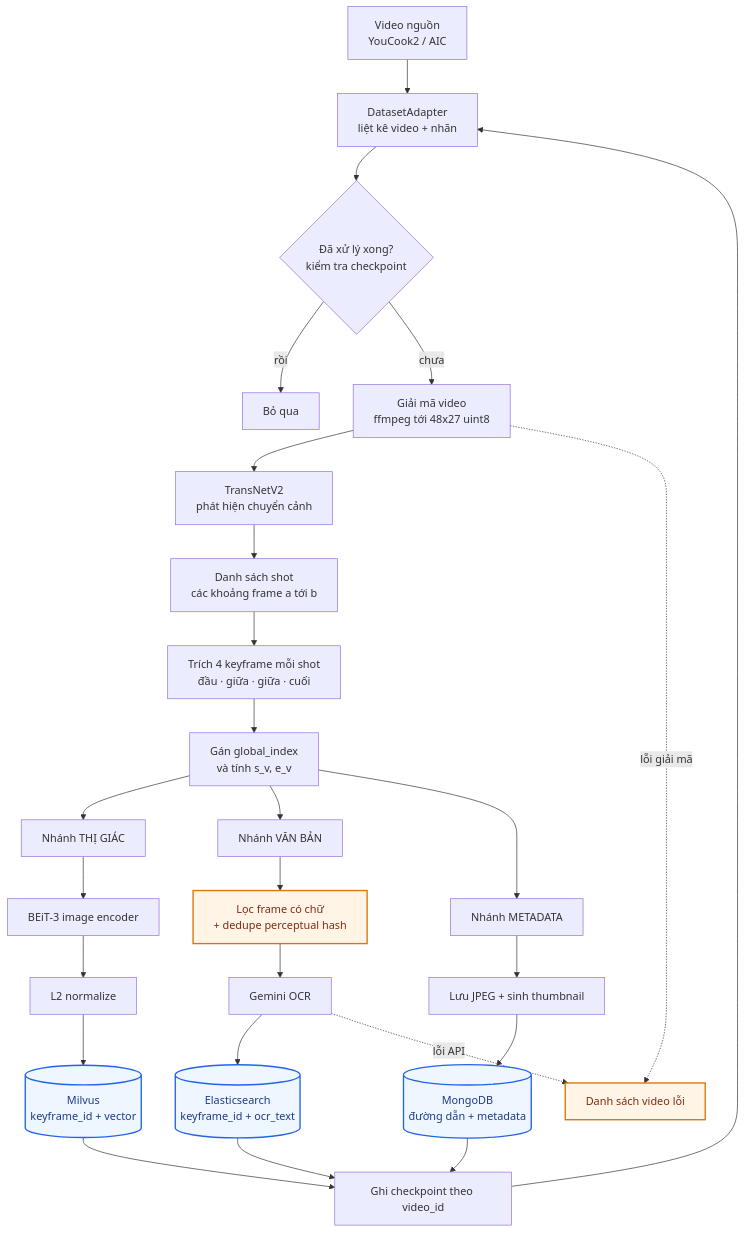
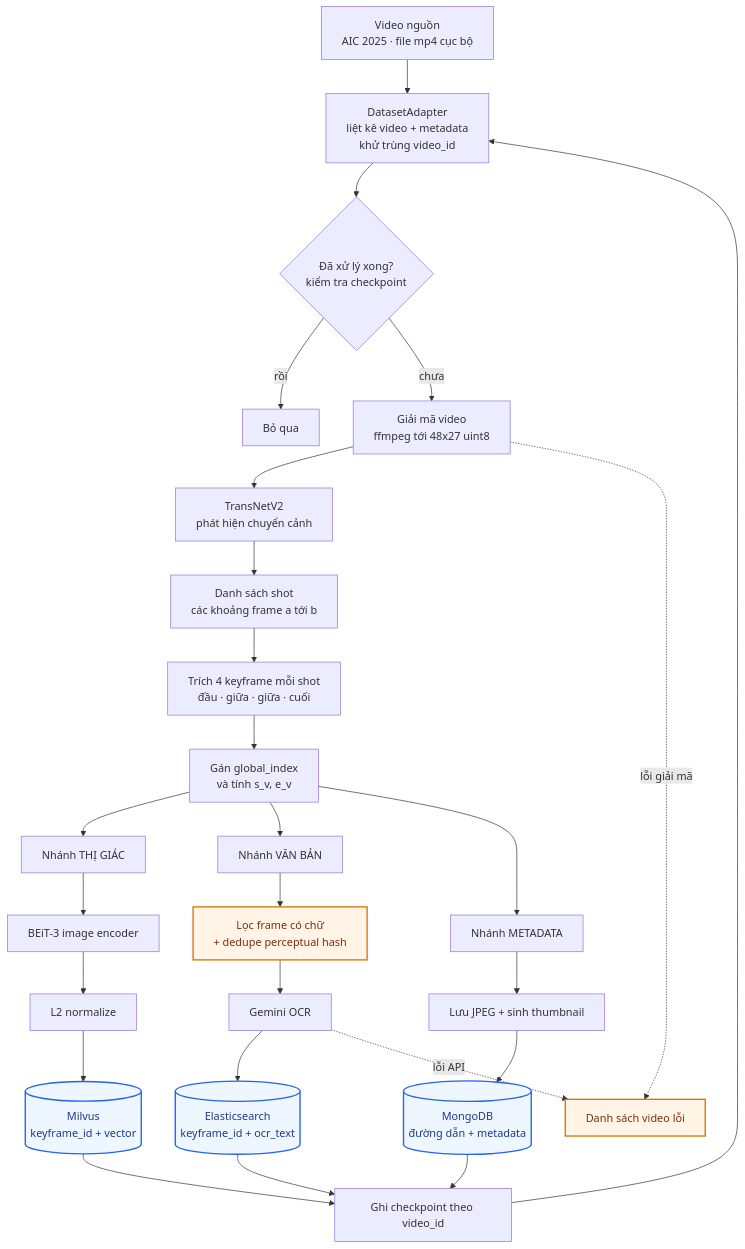
One commit to tiendze/AIC-Video-Retrieval changed the second of 7 diagrams in docs/architecture.md. Above: the diagram before and after it, drawn with Mermaid. The commit also changed other lines of this file and 23 other files, not shown here.

First line of the commit message:
feat: replace YouCook2 with AIC 2025 public dataset adapter

````diff
--- a/docs/architecture.md
+++ b/docs/architecture.md
@@ -111,41 +112,41 @@
 ```mermaid
 flowchart TD
-    A["Video nguồn<br/>YouCook2 / AIC"] --> B["DatasetAdapter<br/>liệt kê video + nhãn"]
+    A["Video nguồn<br/>AIC 2025 · file mp4 cục bộ"] --> B["DatasetAdapter<br/>liệt kê video + metadata<br/>khử trùng video_id"]
     B --> CK{"Đã xử lý xong?<br/>kiểm tra checkpoint"}
     CK -->|"rồi"| SKIP["Bỏ qua"]
     CK -->|"chưa"| C["Giải mã video<br/>ffmpeg tới 48x27 uint8"]
 
     C --> D["TransNetV2<br/>phát hiện chuyển cảnh"]
     D --> E["Danh sách shot<br/>các khoảng frame a tới b"]
     E --> F["Trích 4 keyframe mỗi shot<br/>đầu · giữa · giữa · cuối"]
     F --> G["Gán global_index<br/>và tính s_v, e_v"]
 
     G --> H1["Nhánh THỊ GIÁC"]
     G --> H2["Nhánh VĂN BẢN"]
     G --> H3["Nhánh METADATA"]
 
     H1 --> I1["BEiT-3 image encoder"]
     I1 --> J1["L2 normalize"]
     J1 --> K1[("Milvus<br/>keyframe_id + vector")]
 
     H2 --> P["Lọc frame có chữ<br/>+ dedupe perceptual hash"]
     P --> I2["Gemini OCR"]
     I2 --> K2[("Elasticsearch<br/>keyframe_id + ocr_text")]
 
     H3 --> I3["Lưu JPEG + sinh thumbnail"]
     I3 --> K3[("MongoDB<br/>đường dẫn + metadata")]
 
     K1 --> Z["Ghi checkpoint theo video_id"]
     K2 --> Z
     K3 --> Z
     Z --> B
 
     ERR["Danh sách video lỗi"]
     C -.->|"lỗi giải mã"| ERR
     I2 -.->|"lỗi API"| ERR
 
     classDef store fill:#eef6ff,stroke:#2563eb,stroke-width:2px,color:#1e3a8a
     classDef risk fill:#fff4e6,stroke:#d97706,stroke-width:2px,color:#7c2d12
     class K1,K2,K3 store
     class P,ERR risk
 ```
````
